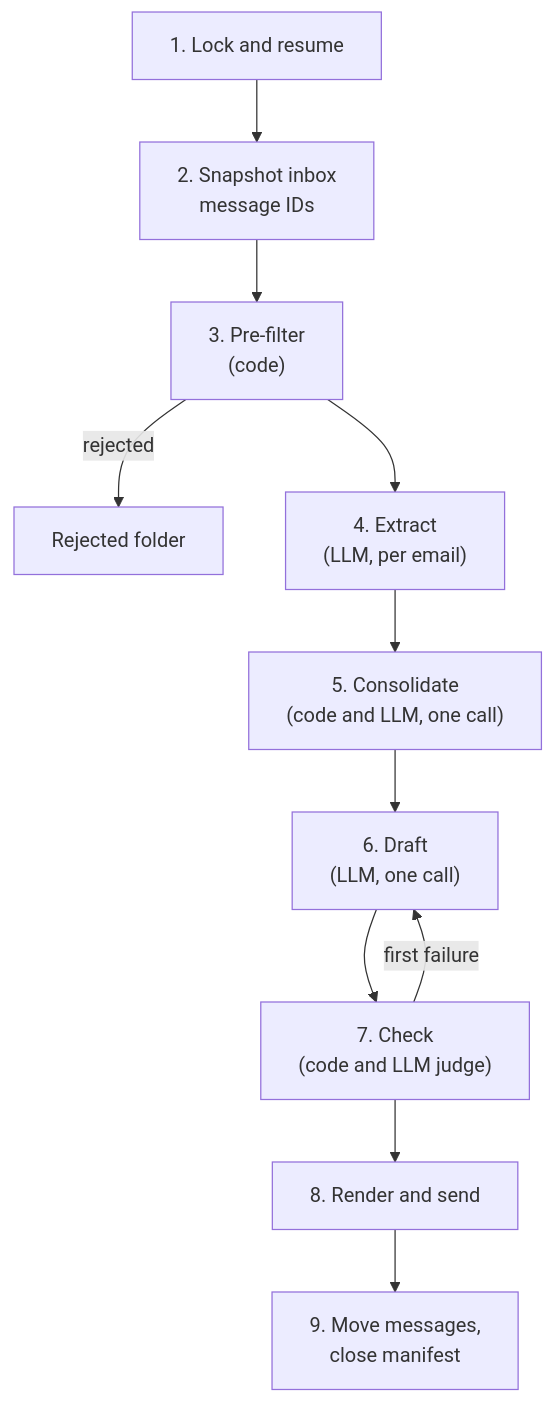
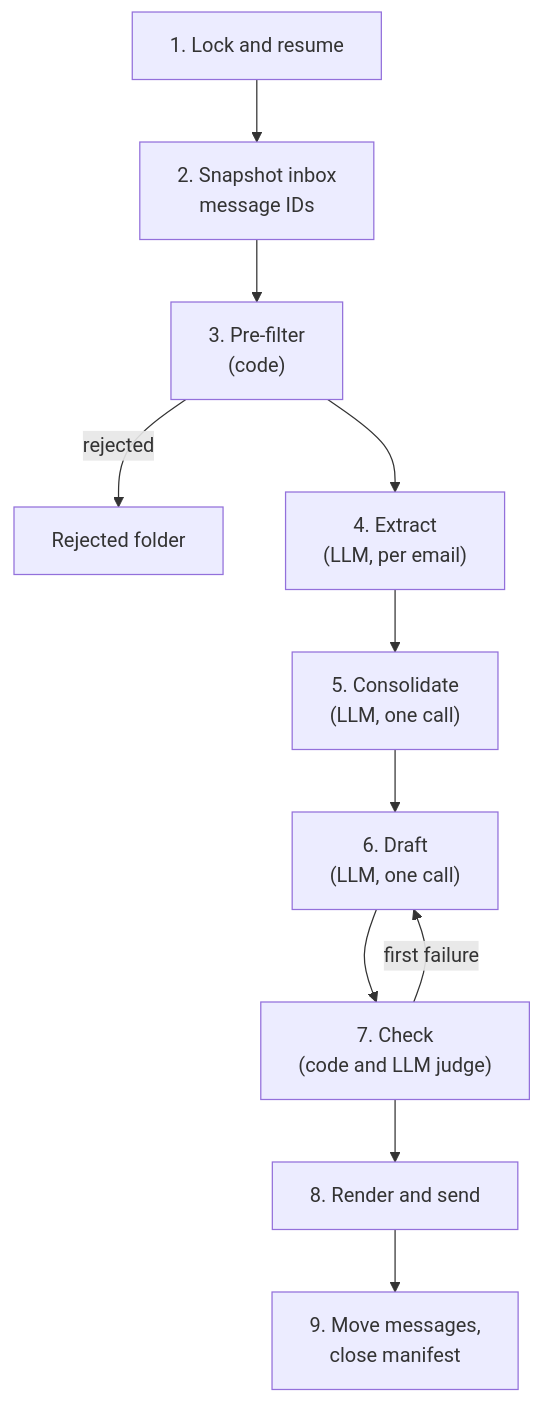
Before and after one commit to TecharyBenN/techary-pulse: the second of 2 diagrams in docs/techary-pulse-design.md, drawn with Mermaid. The commit also changed other lines of this file and 21 other files, not shown here.

````diff
--- a/docs/techary-pulse-design.md
+++ b/docs/techary-pulse-design.md
@@ -66,13 +69,13 @@
 ```mermaid
 flowchart TD
     A["1. Lock and resume"] --> B["2. Snapshot inbox<br/>message IDs"]
     B --> C["3. Pre-filter<br/>(code)"]
     C -->|rejected| X1["Rejected folder"]
     C --> D["4. Extract<br/>(LLM, per email)"]
-    D --> E["5. Consolidate<br/>(code and LLM, one call)"]
+    D --> E["5. Consolidate<br/>(LLM, one call)"]
     E --> F["6. Draft<br/>(LLM, one call)"]
     F --> G["7. Check<br/>(code and LLM judge)"]
     G -->|first failure| F
     G --> H["8. Render and send"]
     H --> I["9. Move messages,<br/>close manifest"]
 ```
````
